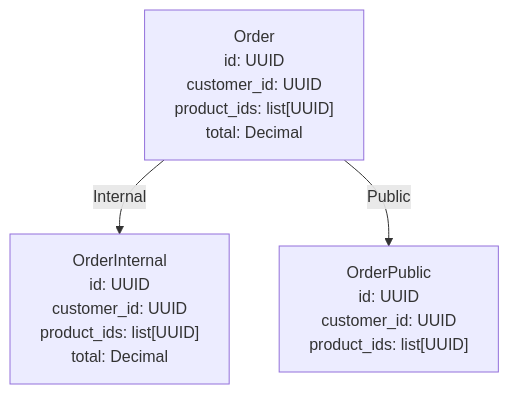
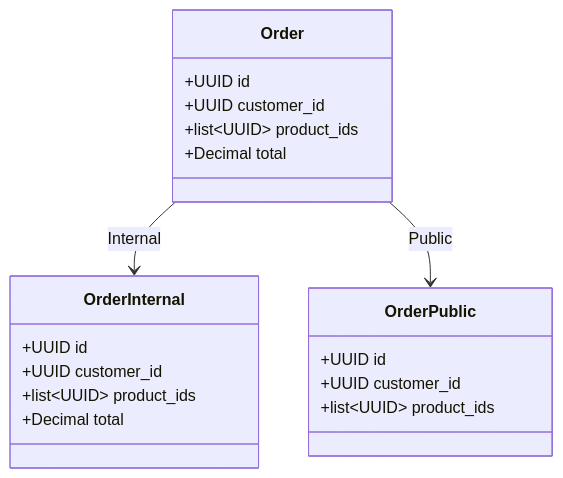
One commit to release-art/pydantic-prism changed the third of 5 diagrams in examples/graph/README.md. Above: the diagram before and after it, drawn with Mermaid. The commit also changed other lines of this file and 7 other files, not shown here.

````diff
--- a/examples/graph/README.md
+++ b/examples/graph/README.md
@@ -44,9 +55,23 @@
 ```mermaid
-graph TD
-    Order["Order<br/>id: UUID<br/>customer_id: UUID<br/>product_ids: list[UUID]<br/>total: Decimal"]
-    OrderInternal["OrderInternal<br/>id: UUID<br/>customer_id: UUID<br/>product_ids: list[UUID]<br/>total: Decimal"]
-    OrderPublic["OrderPublic<br/>id: UUID<br/>customer_id: UUID<br/>product_ids: list[UUID]"]
-    Order -->|"Internal"| OrderInternal
-    Order -->|"Public"| OrderPublic
-    classDef partial stroke-dasharray: 5 5;
+classDiagram
+    direction TB
+    class Order {
+        +UUID id
+        +UUID customer_id
+        +list~UUID~ product_ids
+        +Decimal total
+    }
+    class OrderInternal {
+        +UUID id
+        +UUID customer_id
+        +list~UUID~ product_ids
+        +Decimal total
+    }
+    class OrderPublic {
+        +UUID id
+        +UUID customer_id
+        +list~UUID~ product_ids
+    }
+    Order --> OrderInternal : Internal
+    Order --> OrderPublic : Public
 ```
````
